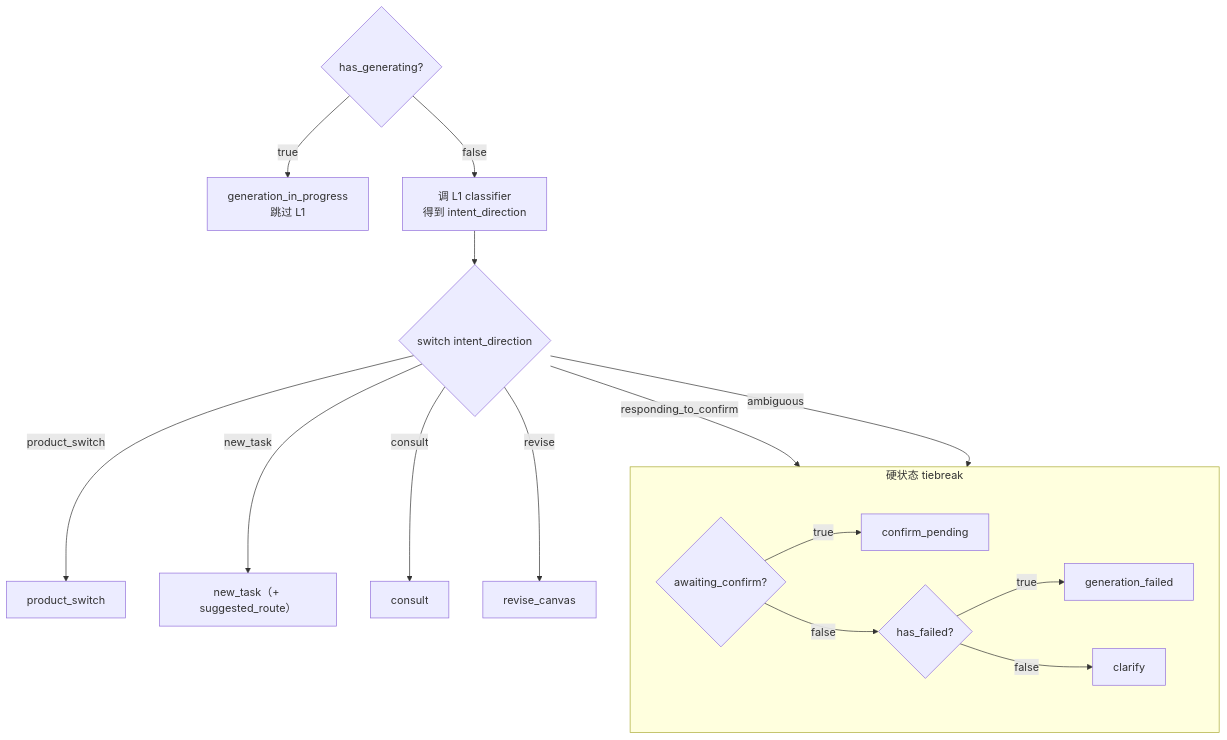
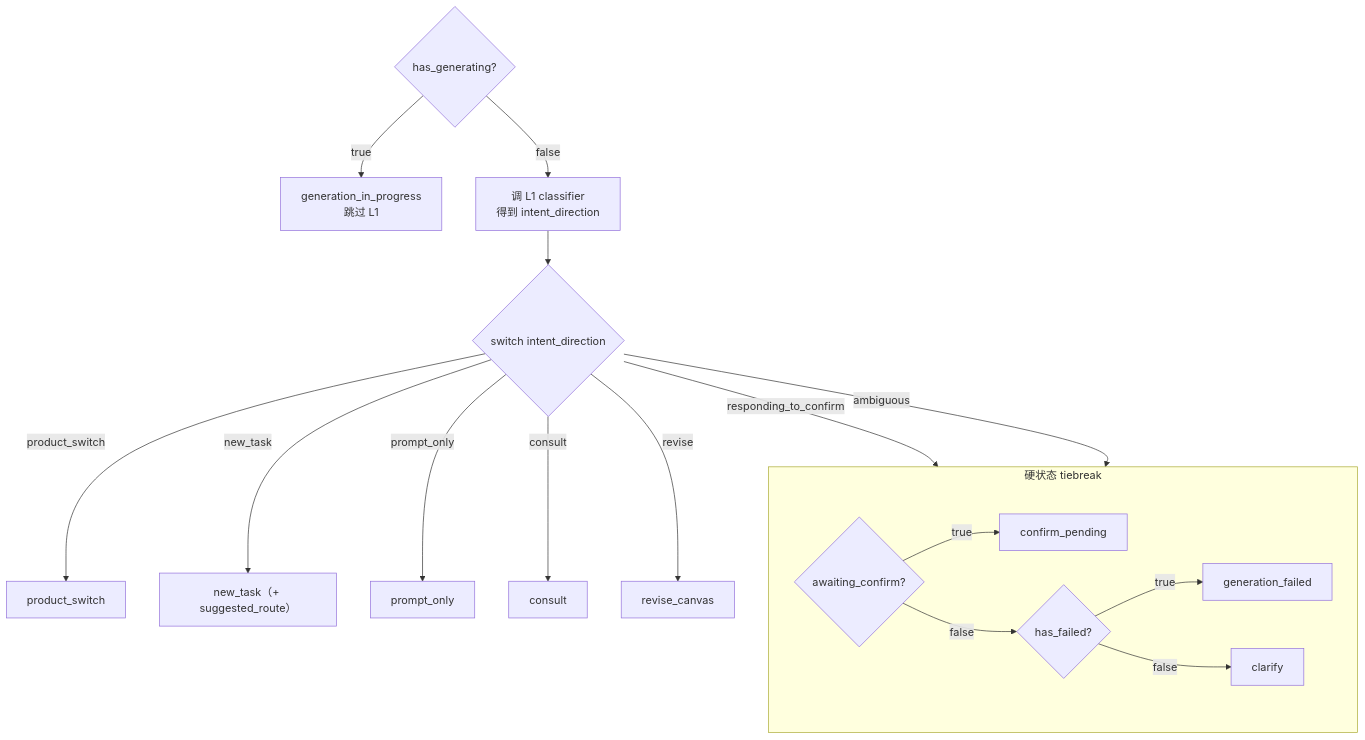
The second of 2 diagrams in blue-whale-agent-workspace/skill/rules/decision_layer.md (en175/blue-whale-ai), drawn with Mermaid before and after one commit. The commit also changed other lines of this file and 11 other files, not shown here.

First line of the commit message:
feat(rules): 新增 prompt_only 分支 + 全仓口径收为两入口

````diff
--- a/blue-whale-agent-workspace/skill/rules/decision_layer.md
+++ b/blue-whale-agent-workspace/skill/rules/decision_layer.md
@@ -127,22 +131,23 @@
 ```mermaid
 flowchart TD
     HG{has_generating?}
     HG -- true --> BP1[generation_in_progress<br/>跳过 L1]
     HG -- false --> L1[调 L1 classifier<br/>得到 intent_direction]
     L1 --> SW{switch intent_direction}
 
     SW -- product_switch --> R1[product_switch]
     SW -- new_task --> R2["new_task（+ suggested_route）"]
+    SW -- prompt_only --> R9[prompt_only]
     SW -- consult --> R3[consult]
     SW -- revise --> R4[revise_canvas]
     SW -- responding_to_confirm --> TB
     SW -- ambiguous --> TB
 
     subgraph TB["硬状态 tiebreak"]
         AC{awaiting_confirm?}
         AC -- true --> CP[confirm_pending]
         AC -- false --> HF{has_failed?}
         HF -- true --> GF[generation_failed]
         HF -- false --> CL[clarify]
     end
 ```
````
